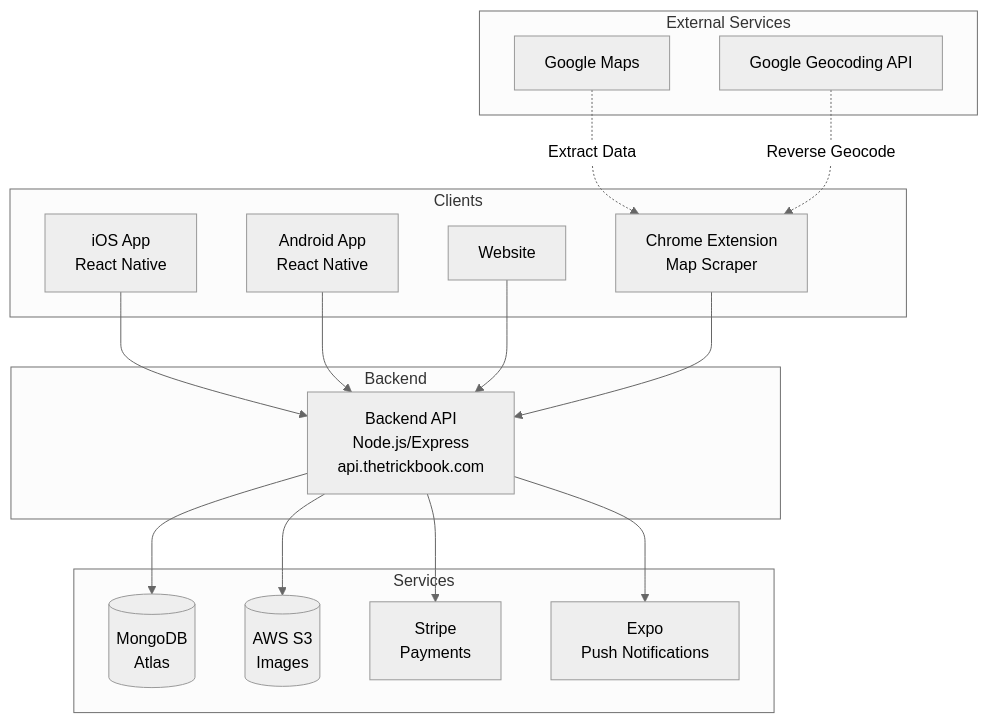
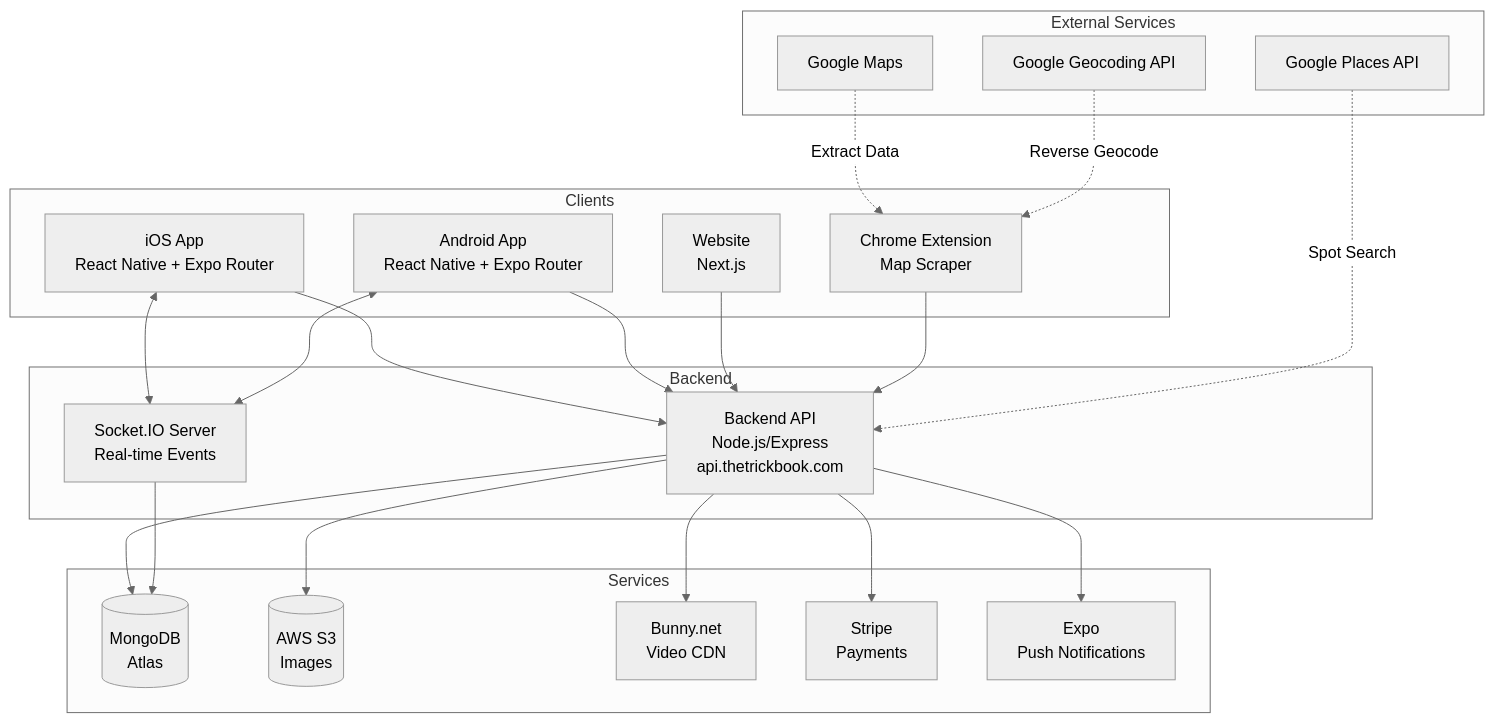
One commit to wbaxterh/TrickBookDocs changed the diagram in docs/architecture/overview.md. Above: the diagram before and after it, drawn with Mermaid (neutral theme). The commit also changed other lines of this file and 19 other files, not shown here.

````diff
--- a/docs/architecture/overview.md
+++ b/docs/architecture/overview.md
@@ -11,38 +11,46 @@
 ```mermaid
 flowchart TB
     subgraph Clients
-        iOS[iOS App<br/>React Native]
-        Android[Android App<br/>React Native]
-        Web[Website]
+        iOS[iOS App<br/>React Native + Expo Router]
+        Android[Android App<br/>React Native + Expo Router]
+        Web[Website<br/>Next.js]
         Extension[Chrome Extension<br/>Map Scraper]
     end
 
     subgraph External["External Services"]
         GoogleMaps[Google Maps]
         GeoAPI[Google Geocoding API]
+        GooglePlaces[Google Places API]
     end
 
     subgraph Backend
         API[Backend API<br/>Node.js/Express<br/>api.thetrickbook.com]
+        SocketIO[Socket.IO Server<br/>Real-time Events]
     end
 
     subgraph Services
         MongoDB[(MongoDB<br/>Atlas)]
         S3[(AWS S3<br/>Images)]
+        Bunny[Bunny.net<br/>Video CDN]
         Stripe[Stripe<br/>Payments]
         Expo[Expo<br/>Push Notifications]
     end
 
     iOS --> API
+    iOS <--> SocketIO
     Android --> API
+    Android <--> SocketIO
     Web --> API
     Extension --> API
 
     GoogleMaps -.->|Extract Data| Extension
     GeoAPI -.->|Reverse Geocode| Extension
+    GooglePlaces -.->|Spot Search| API
 
     API --> MongoDB
     API --> S3
+    API --> Bunny
     API --> Stripe
     API --> Expo
+    SocketIO --> MongoDB
 ```
````
